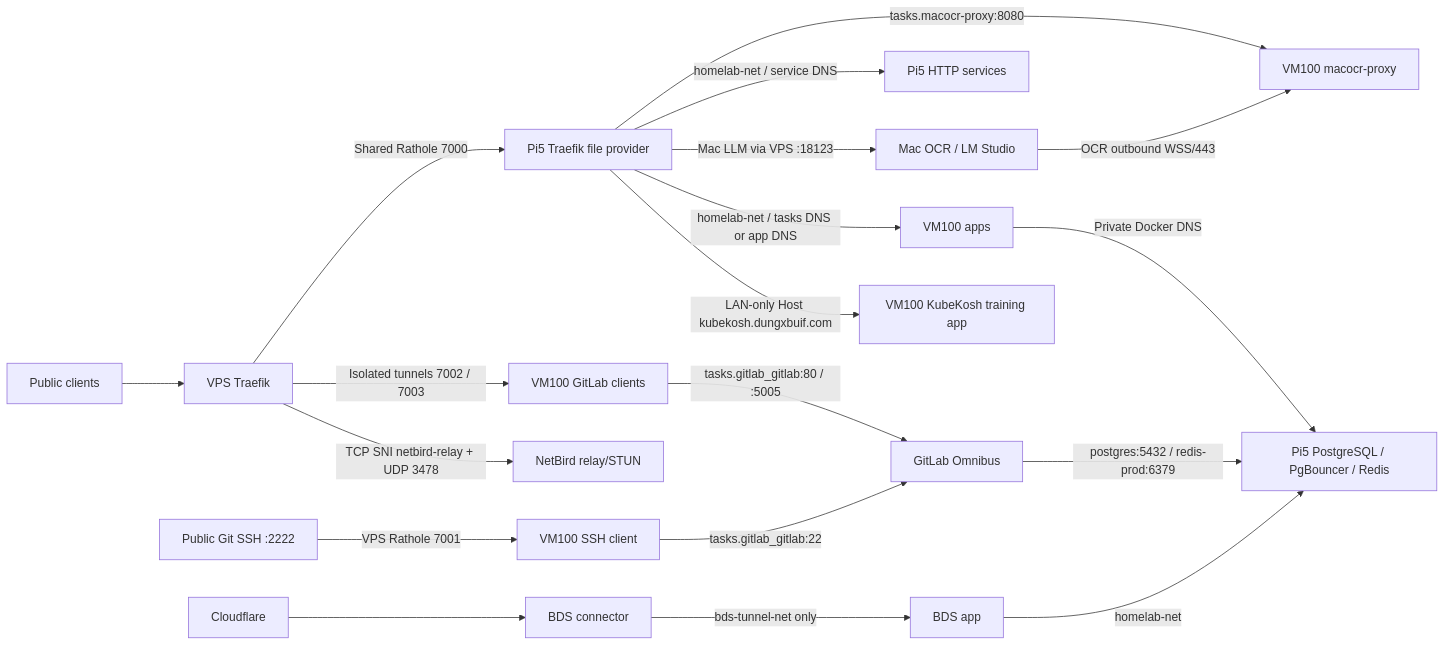
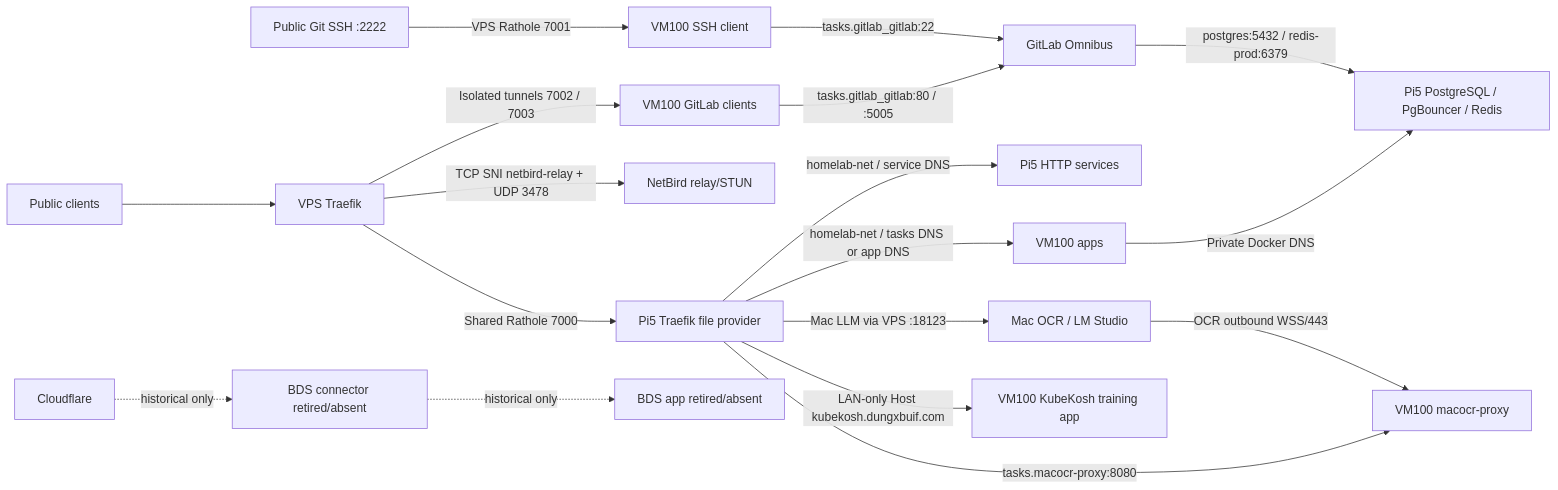
One commit to dungxbuif/Homelab changed the diagram in docs/STACK.md. Above: the diagram before and after it, drawn with Mermaid. The commit also changed other lines of this file and 29 other files, not shown here.

Commit message:
feat: add documentation, deployment records, runbooks, and architecture diagrams for homelab upgrades and repairs

````diff
--- a/docs/STACK.md
+++ b/docs/STACK.md
@@ -138,21 +148,20 @@
 ```mermaid
 flowchart LR
   Users[Public clients] --> VPS[VPS Traefik]
   VPS -->|Shared Rathole 7000| Edge[Pi5 Traefik file provider]
   Edge -->|homelab-net / tasks DNS or app DNS| Apps[VM100 apps]
   Edge -->|homelab-net / service DNS| HTTP[Pi5 HTTP services]
   VPS -->|Isolated tunnels 7002 / 7003| Clients[VM100 GitLab clients]
   VPS -->|TCP SNI netbird-relay + UDP 3478| NBRelay[NetBird relay/STUN]
   Clients -->|tasks.gitlab_gitlab:80 / :5005| GitLab[GitLab Omnibus]
   SSH[Public Git SSH :2222] -->|VPS Rathole 7001| GitLabSSH[VM100 SSH client]
   GitLabSSH -->|tasks.gitlab_gitlab:22| GitLab
   Apps -->|Private Docker DNS| Data[Pi5 PostgreSQL / PgBouncer / Redis]
   GitLab -->|postgres:5432 / redis-prod:6379| Data
   Edge -->|tasks.macocr-proxy:8080| OCRProxy[VM100 macocr-proxy]
   Mac[Mac OCR / LM Studio] -->|OCR outbound WSS/443| OCRProxy
   Edge -->|Mac LLM via VPS :18123| Mac
   Edge -->|LAN-only Host kubekosh.dungxbuif.com| KubeKosh[VM100 KubeKosh training app]
-  CF[Cloudflare] --> BDSConnector[BDS connector]
-  BDSConnector -->|bds-tunnel-net only| BDS[BDS app]
-  BDS -->|homelab-net| Data
+  CF[Cloudflare] -. historical only .-> BDSConnector[BDS connector retired/absent]
+  BDSConnector -. historical only .-> BDS[BDS app retired/absent]
 ```
````
